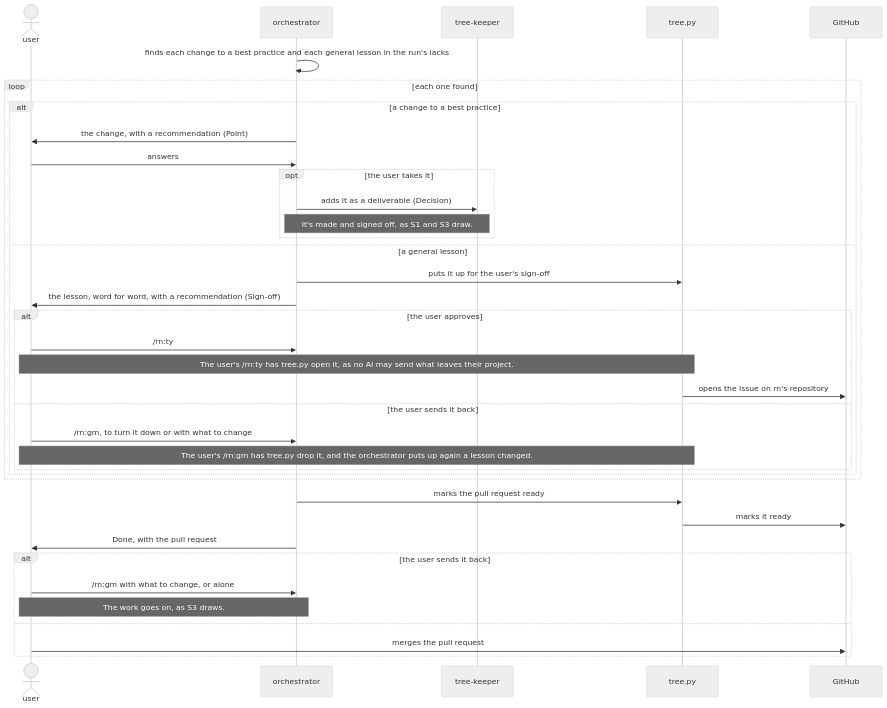
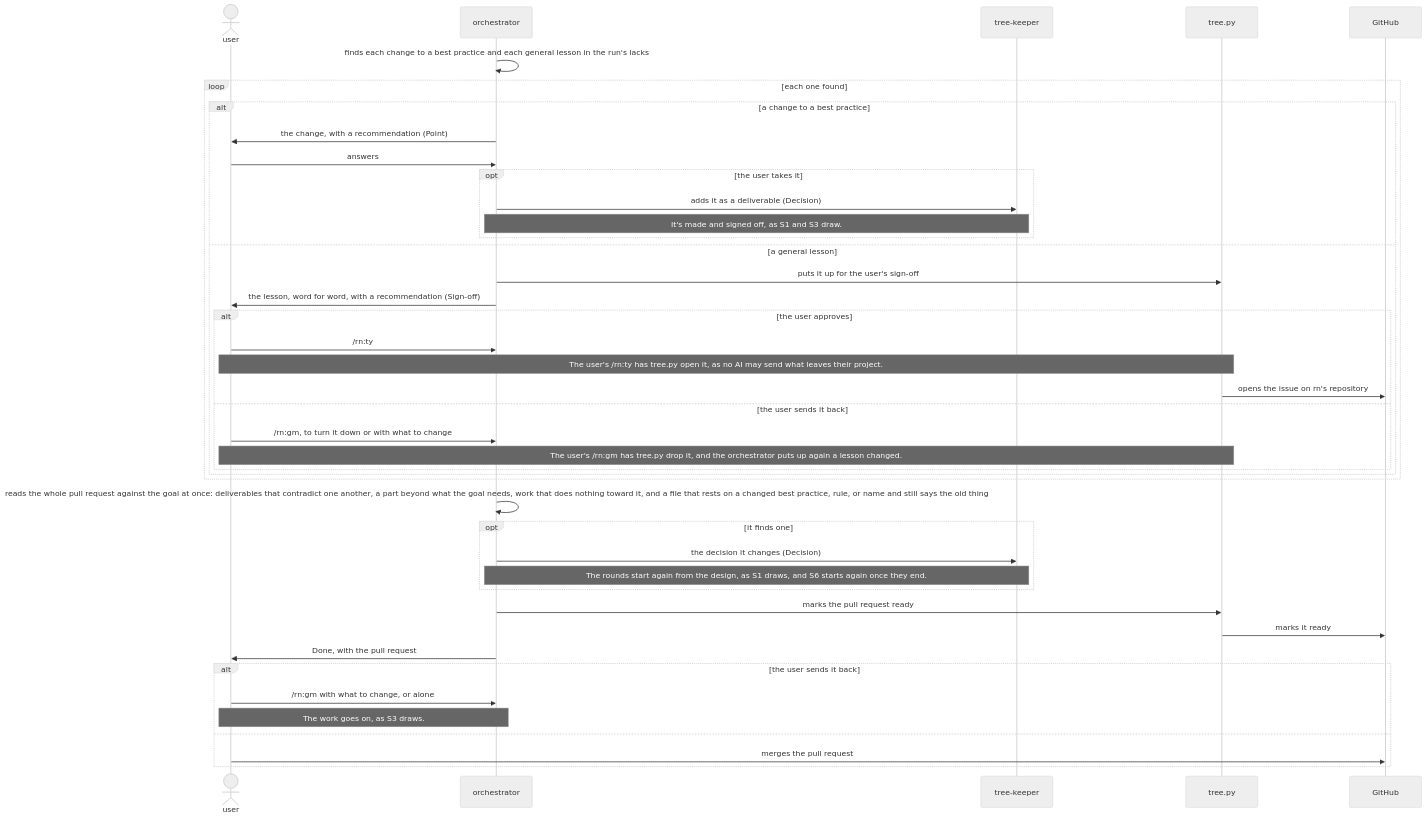
Before and after one commit to lovaizu/ccpm: the sixth of 6 diagrams in dev/rn/architecture.md, drawn with Mermaid (neutral theme). The commit also changed other lines of this file and 9 other files, not shown here.

````diff
--- a/dev/rn/architecture.md
+++ b/dev/rn/architecture.md
@@ -348,39 +349,44 @@
 ```mermaid
 sequenceDiagram
   actor U as user
   participant O as orchestrator
   participant K as tree-keeper
   participant T as tree.py
   participant GH as GitHub
   O->>O: finds each change to a best practice and each general lesson in the run's lacks
   loop each one found
     alt a change to a best practice
       O->>U: the change, with a recommendation (Point)
       U->>O: answers
       opt the user takes it
         O->>K: adds it as a deliverable (Decision)
         Note over O,K: It's made and signed off, as S1 and S3 draw.
       end
     else a general lesson
       O->>T: puts it up for the user's sign-off
       O->>U: the lesson, word for word, with a recommendation (Sign-off)
       alt the user approves
         U->>O: /rn:ty
         Note over U,T: The user's /rn:ty has tree.py open it, as no AI may send what leaves their project.
         T->>GH: opens the issue on rn's repository
       else the user sends it back
         U->>O: /rn:gm, to turn it down or with what to change
         Note over U,T: The user's /rn:gm has tree.py drop it, and the orchestrator puts up again a lesson changed.
       end
     end
   end
+  O->>O: reads the whole pull request against the goal at once: deliverables that contradict one another, a part beyond what the goal needs, work that does nothing toward it, and a file that rests on a changed best practice, rule, or name and still says the old thing
+  opt it finds one
+    O->>K: the decision it changes (Decision)
+    Note over O,K: The rounds start again from the design, as S1 draws, and S6 starts again once they end.
+  end
   O->>T: marks the pull request ready
   T->>GH: marks it ready
   O->>U: Done, with the pull request
   alt the user sends it back
     U->>O: /rn:gm with what to change, or alone
     Note over U,O: The work goes on, as S3 draws.
   else
     U->>GH: merges the pull request
   end
 ```
````
